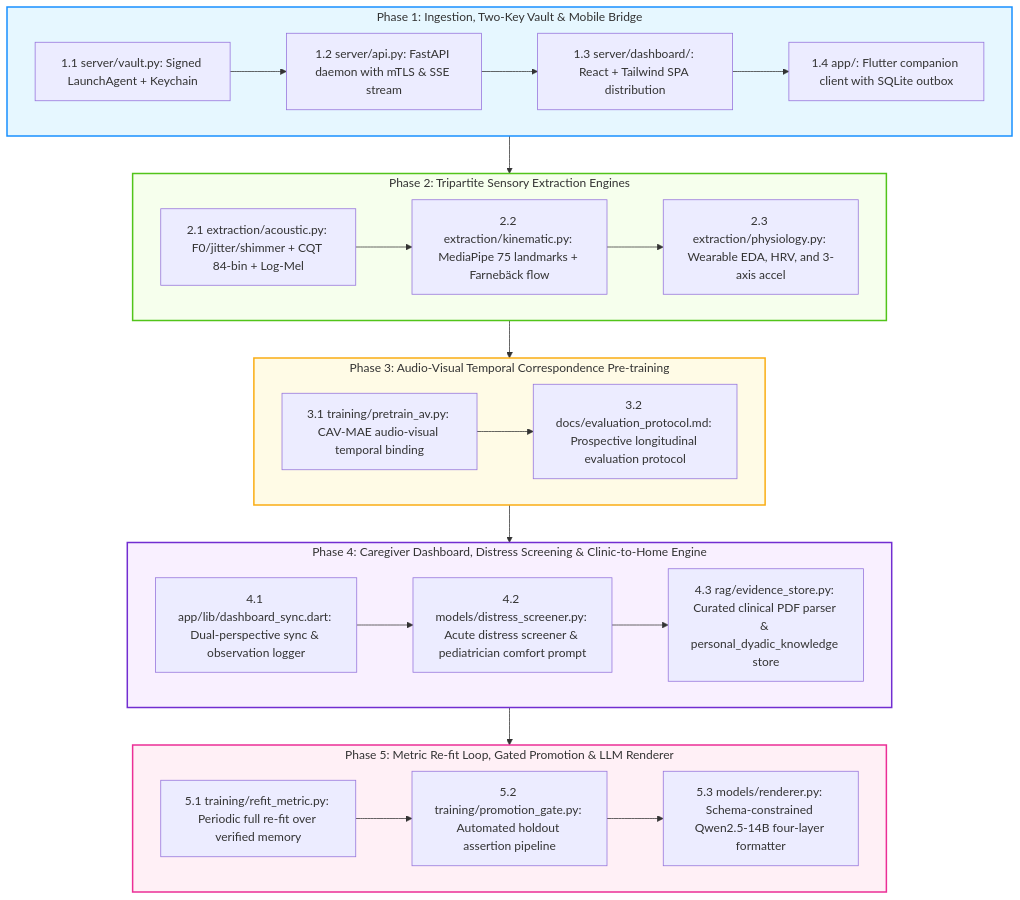
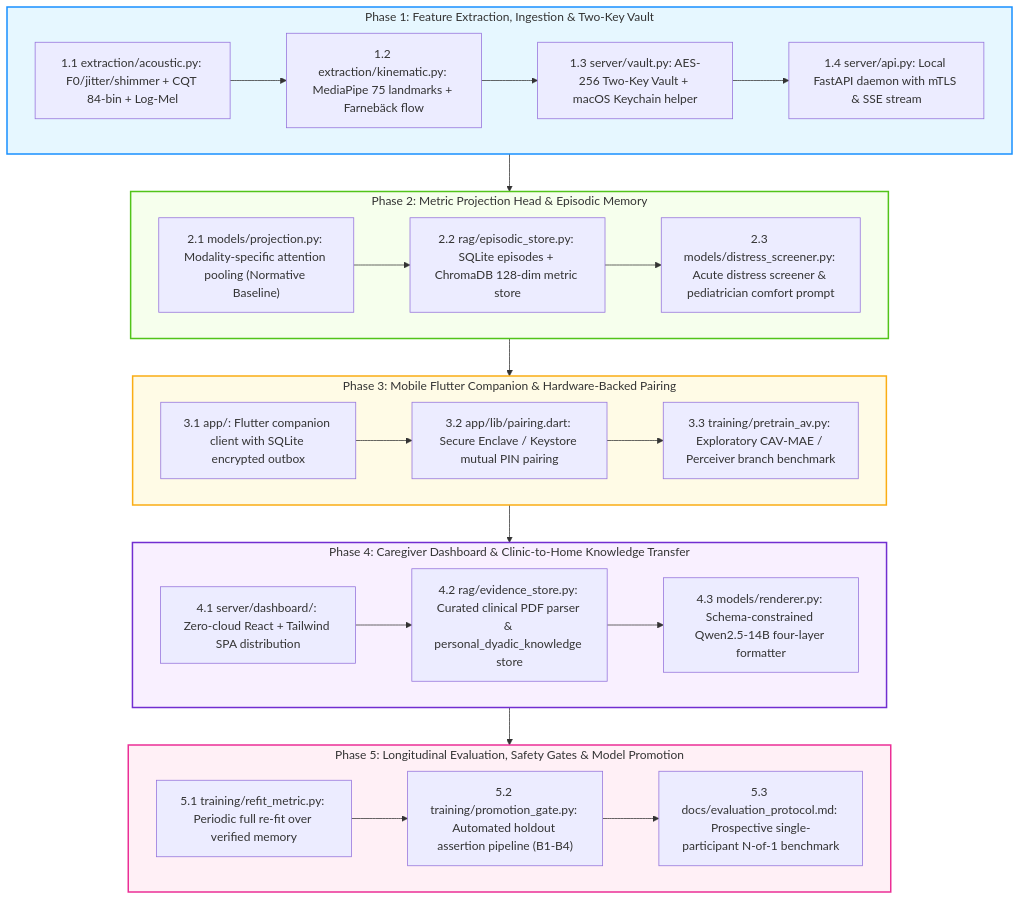
Before and after one commit to olostan/project_n: the fourth of 4 diagrams in docs/SPECS.md, drawn with Mermaid. The commit also changed other lines of this file and 10 other files, not shown here.

````diff
--- a/docs/SPECS.md
+++ b/docs/SPECS.md
@@ -1063,45 +1239,46 @@
 ```mermaid
 graph TD
-    subgraph P1 ["Phase 1: Ingestion, Two-Key Vault & Mobile Bridge"]
-        P1_1["1.1 server/vault.py: Signed LaunchAgent + Keychain"]
-        P1_2["1.2 server/api.py: FastAPI daemon with mTLS & SSE stream"]
-        P1_3["1.3 server/dashboard/: React + Tailwind SPA distribution"]
-        P1_4["1.4 app/: Flutter companion client with SQLite outbox"]
+    subgraph P1 ["Phase 1: Feature Extraction, Ingestion & Two-Key Vault"]
+        P1_1["1.1 extraction/acoustic.py: F0/jitter/shimmer + CQT 84-bin + Log-Mel"]
+        P1_2["1.2 extraction/kinematic.py: MediaPipe 75 landmarks + Farnebäck flow"]
+        P1_3["1.3 server/vault.py: AES-256 Two-Key Vault + macOS Keychain helper"]
+        P1_4["1.4 server/api.py: Local FastAPI daemon with mTLS & SSE stream"]
         P1_1 --> P1_2 --> P1_3 --> P1_4
     end
 
-    subgraph P2 ["Phase 2: Tripartite Sensory Extraction Engines"]
-        P2_1["2.1 extraction/acoustic.py: F0/jitter/shimmer + CQT 84-bin + Log-Mel"]
-        P2_2["2.2 extraction/kinematic.py: MediaPipe 75 landmarks + Farnebäck flow"]
-        P2_3["2.3 extraction/physiology.py: Wearable EDA, HRV, and 3-axis accel"]
+    subgraph P2 ["Phase 2: Metric Projection Head & Episodic Memory"]
+        P2_1["2.1 models/projection.py: Modality-specific attention pooling (Normative Baseline)"]
+        P2_2["2.2 rag/episodic_store.py: SQLite episodes + ChromaDB 128-dim metric store"]
+        P2_3["2.3 models/distress_screener.py: Acute distress screener & pediatrician comfort prompt"]
         P2_1 --> P2_2 --> P2_3
     end
 
-    subgraph P3 ["Phase 3: Audio-Visual Temporal Correspondence Pre-training"]
-        P3_1["3.1 training/pretrain_av.py: CAV-MAE audio-visual temporal binding"]
-        P3_2["3.2 docs/evaluation_protocol.md: Prospective longitudinal evaluation protocol"]
-        P3_1 --> P3_2
+    subgraph P3 ["Phase 3: Mobile Flutter Companion & Hardware-Backed Pairing"]
+        P3_1["3.1 app/: Flutter companion client with SQLite encrypted outbox"]
+        P3_2["3.2 app/lib/pairing.dart: Secure Enclave / Keystore mutual PIN pairing"]
+        P3_3["3.3 training/pretrain_av.py: Exploratory CAV-MAE / Perceiver branch benchmark"]
+        P3_1 --> P3_2 --> P3_3
     end
 
-    subgraph P4 ["Phase 4: Caregiver Dashboard, Distress Screening & Clinic-to-Home Engine"]
-        P4_1["4.1 app/lib/dashboard_sync.dart: Dual-perspective sync & observation logger"]
-        P4_2["4.2 models/distress_screener.py: Acute distress screener & pediatrician comfort prompt"]
-        P4_3["4.3 rag/evidence_store.py: Curated clinical PDF parser & personal_dyadic_knowledge store"]
+    subgraph P4 ["Phase 4: Caregiver Dashboard & Clinic-to-Home Knowledge Transfer"]
+        P4_1["4.1 server/dashboard/: Zero-cloud React + Tailwind SPA distribution"]
+        P4_2["4.2 rag/evidence_store.py: Curated clinical PDF parser & personal_dyadic_knowledge store"]
+        P4_3["4.3 models/renderer.py: Schema-constrained Qwen2.5-14B four-layer formatter"]
         P4_1 --> P4_2 --> P4_3
     end
 
-    subgraph P5 ["Phase 5: Metric Re-fit Loop, Gated Promotion & LLM Renderer"]
+    subgraph P5 ["Phase 5: Longitudinal Evaluation, Safety Gates & Model Promotion"]
         P5_1["5.1 training/refit_metric.py: Periodic full re-fit over verified memory"]
-        P5_2["5.2 training/promotion_gate.py: Automated holdout assertion pipeline"]
-        P5_3["5.3 models/renderer.py: Schema-constrained Qwen2.5-14B four-layer formatter"]
+        P5_2["5.2 training/promotion_gate.py: Automated holdout assertion pipeline (B1-B4)"]
+        P5_3["5.3 docs/evaluation_protocol.md: Prospective single-participant N-of-1 benchmark"]
         P5_1 --> P5_2 --> P5_3
     end
 
     P1 --> P2 --> P3 --> P4 --> P5
 
     style P1 fill:#e6f7ff,stroke:#1890ff,stroke-width:2px
     style P2 fill:#f6ffed,stroke:#52c41a,stroke-width:2px
     style P3 fill:#fffbe6,stroke:#faad14,stroke-width:2px
     style P4 fill:#f9f0ff,stroke:#722ed1,stroke-width:2px
     style P5 fill:#fff0f6,stroke:#eb2f96,stroke-width:2px
 ```
````
